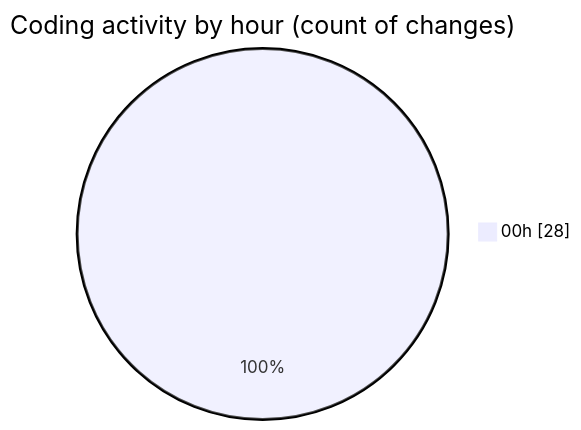
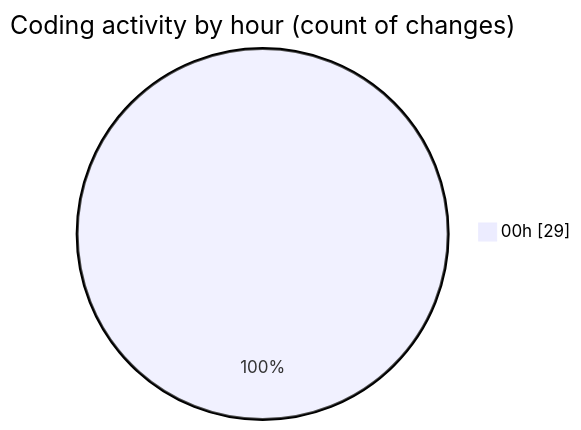
The second of 2 diagrams in 2025-02-09/maps_clone/README.md (donsfak/code-tracking), drawn with Mermaid before and after one commit. The commit also changed other lines of this file and 1 other file, not shown here.

````diff
--- a/2025-02-09/maps_clone/README.md
+++ b/2025-02-09/maps_clone/README.md
@@ -30,5 +30,5 @@
 ```mermaid
 pie showData
 title Coding activity by hour (count of changes)
-"00h" : 28
+"00h" : 29
 ```
````
